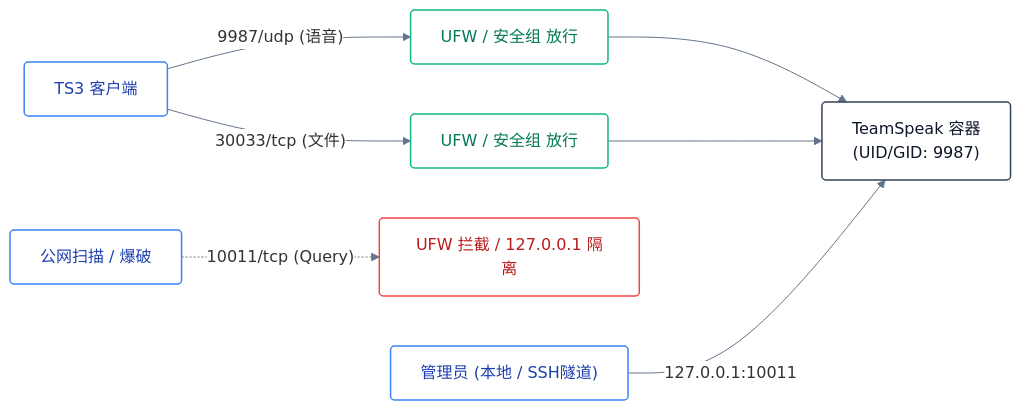
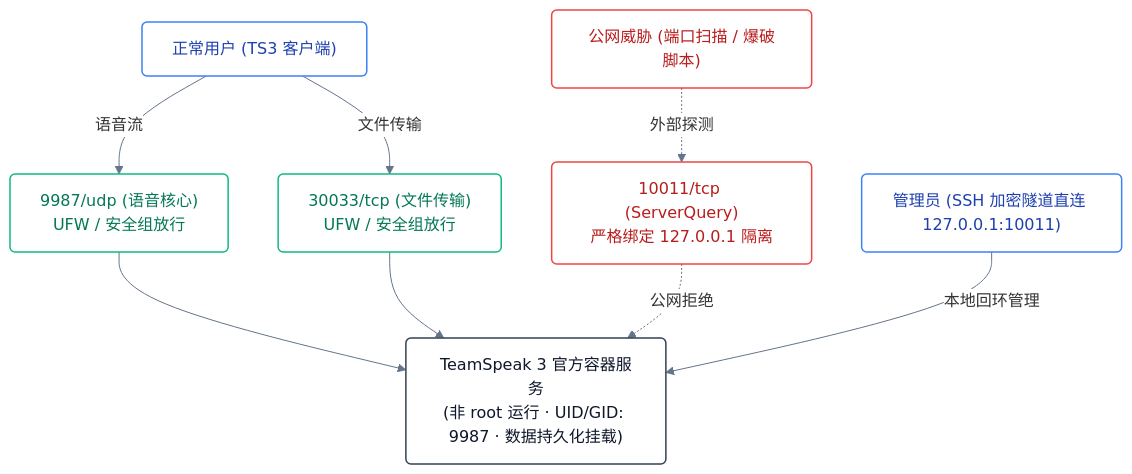
Before and after one commit to s1oopX/teamspeak3-vps-oneclick: the diagram in README.md, drawn with Mermaid.

Commit message:
docs: enlarge architecture diagram with balanced TB layout

````diff
--- a/README.md
+++ b/README.md
@@ -59,16 +59,31 @@
 ```mermaid
 %%{init: {'theme': 'base', 'themeVariables': { 'edgeLabelBackground': '#ffffff', 'mainBkg': '#ffffff', 'lineColor': '#64748b' }}}%%
-flowchart LR
-    classDef client fill:#ffffff,stroke:#3b82f6,stroke-width:1.5px,color:#1e40af,rx:4px,ry:4px;
-    classDef safe fill:#ffffff,stroke:#10b981,stroke-width:1.5px,color:#047857,rx:4px,ry:4px;
-    classDef warn fill:#ffffff,stroke:#ef4444,stroke-width:1.5px,color:#b91c1c,rx:4px,ry:4px;
-    classDef core fill:#ffffff,stroke:#334155,stroke-width:1.5px,color:#0f172a,rx:4px,ry:4px;
+flowchart TB
+    classDef client fill:#ffffff,stroke:#3b82f6,stroke-width:1.5px,color:#1e40af,rx:5px,ry:5px;
+    classDef safe fill:#ffffff,stroke:#10b981,stroke-width:1.5px,color:#047857,rx:5px,ry:5px;
+    classDef warn fill:#ffffff,stroke:#ef4444,stroke-width:1.5px,color:#b91c1c,rx:5px,ry:5px;
+    classDef core fill:#ffffff,stroke:#334155,stroke-width:1.5px,color:#0f172a,rx:5px,ry:5px;
 
-    U["TS3 客户端"]:::client -->|"9987/udp (语音)"| FW_U["UFW / 安全组 放行"]:::safe
-    U -->|"30033/tcp (文件)"| FW_T["UFW / 安全组 放行"]:::safe
-    ATTACKER["公网扫描 / 爆破"]:::client -.->|"10011/tcp (Query)"| FW_Q["UFW 拦截 / 127.0.0.1 隔离"]:::warn
-    
-    FW_U --> TS3["TeamSpeak 容器<br/>(UID/GID: 9987)"]:::core
+    %% 1. 访问来源 (顶层)
+    U["正常用户 (TS3 客户端)"]:::client
+    ATTACKER["公网威胁 (端口扫描 / 爆破脚本)"]:::warn
+
+    %% 2. 安全组与防火墙策略矩阵 (中层并排)
+    FW_U["9987/udp (语音核心)<br/>UFW / 安全组放行"]:::safe
+    FW_T["30033/tcp (文件传输)<br/>UFW / 安全组放行"]:::safe
+    FW_Q["10011/tcp (ServerQuery)<br/>严格绑定 127.0.0.1 隔离"]:::warn
+
+    %% 3. 核心容器服务 (底层)
+    TS3["TeamSpeak 3 官方容器服务<br/>(非 root 运行 · UID/GID: 9987 · 数据持久化挂载)"]:::core
+    ADMIN["管理员 (SSH 加密隧道直连 127.0.0.1:10011)"]:::client
+
+    %% 流转走向
+    U -->|"语音流"| FW_U
+    U -->|"文件传输"| FW_T
+    ATTACKER -.->|"外部探测"| FW_Q
+
+    FW_U --> TS3
     FW_T --> TS3
-    ADMIN["管理员 (本地 / SSH隧道)"]:::client -->|"127.0.0.1:10011"| TS3
+    FW_Q -.->|"公网拒绝"| TS3
+    ADMIN -->|"本地回环管理"| TS3
 ```
````
